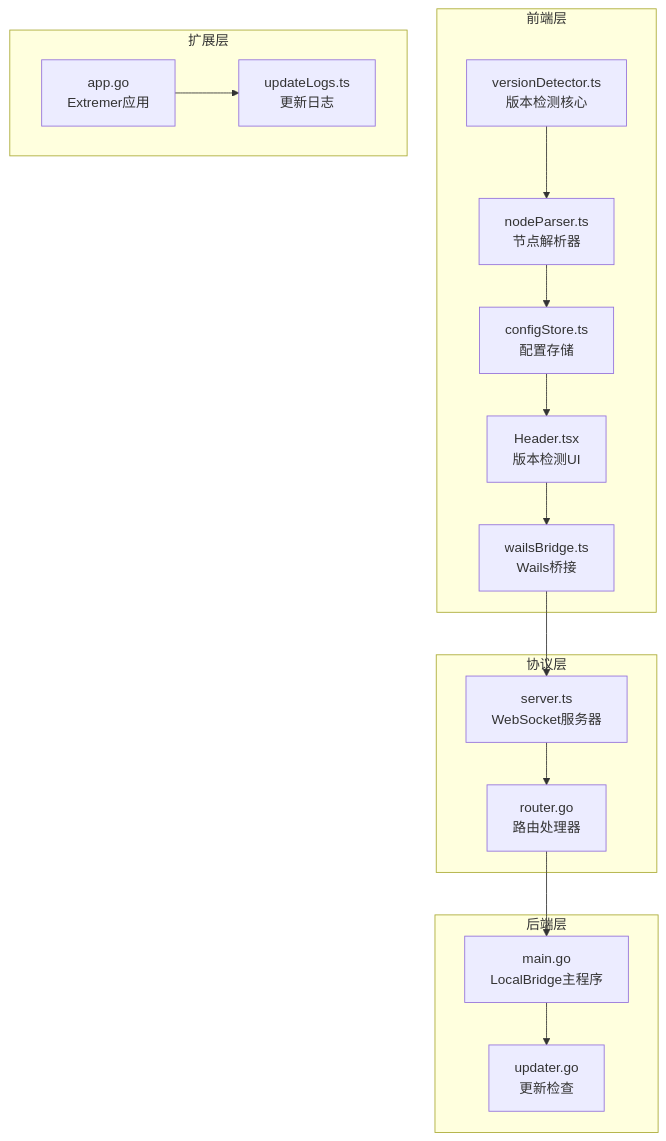
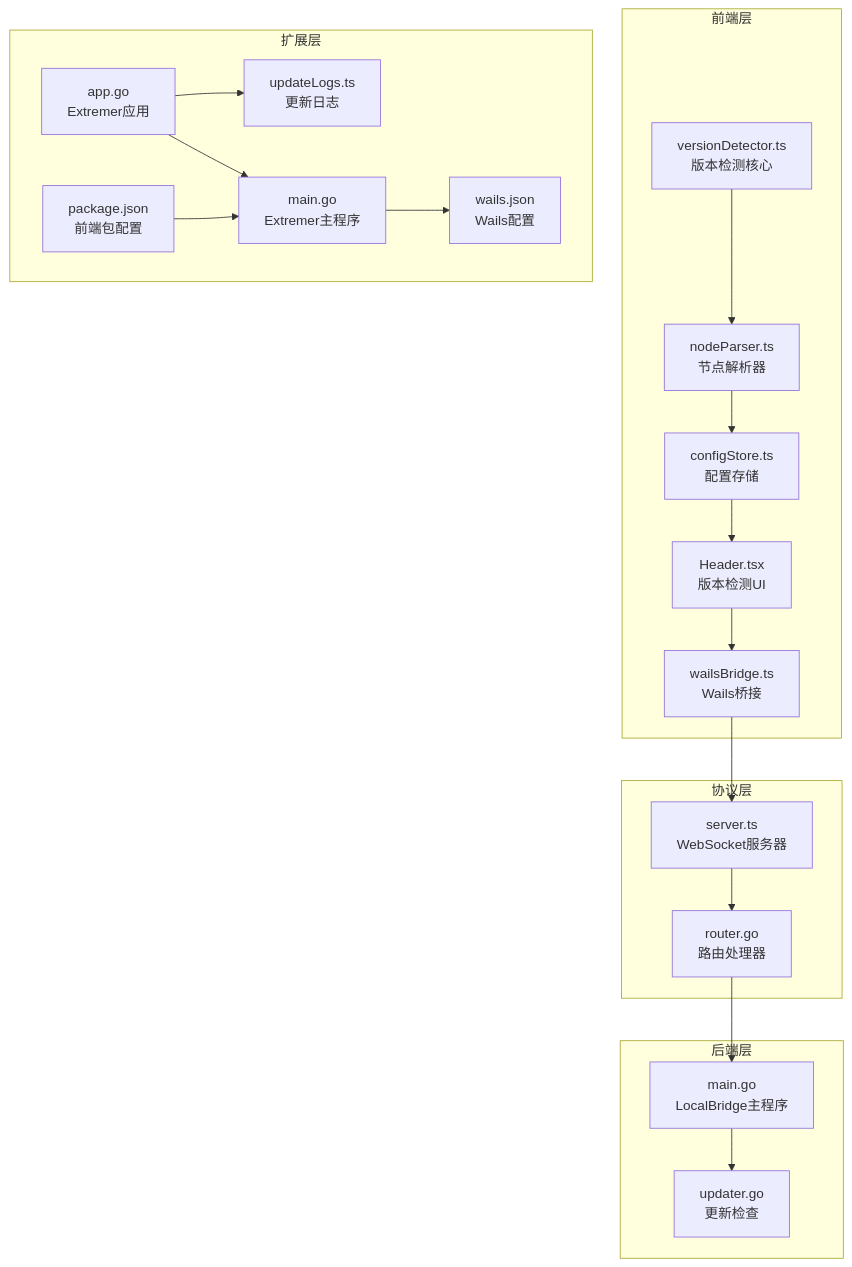
One commit to kqcoxn/MaaPipelineEditor changed the first of 11 diagrams in .qoder/repowiki/zh/content/版本检测系统.md. Above: the diagram before and after it, drawn with Mermaid. The commit also changed other lines of this file and 13 other files, not shown here.

````diff
--- a/.qoder/repowiki/zh/content/版本检测系统.md
+++ b/.qoder/repowiki/zh/content/版本检测系统.md
@@ -56,31 +65,37 @@
 ```mermaid
 graph TB
 subgraph "前端层"
 A[versionDetector.ts<br/>版本检测核心]
 B[nodeParser.ts<br/>节点解析器]
 C[configStore.ts<br/>配置存储]
 D[wailsBridge.ts<br/>Wails桥接]
 E[Header.tsx<br/>版本检测UI]
 end
 subgraph "协议层"
 F[server.ts<br/>WebSocket服务器]
 G[router.go<br/>路由处理器]
 end
 subgraph "后端层"
 H[main.go<br/>LocalBridge主程序]
 I[updater.go<br/>更新检查]
 end
 subgraph "扩展层"
 J[app.go<br/>Extremer应用]
 K[updateLogs.ts<br/>更新日志]
+L[main.go<br/>Extremer主程序]
+M[wails.json<br/>Wails配置]
+N[package.json<br/>前端包配置]
 end
 A --> B
 B --> C
 C --> E
 E --> D
 D --> F
 F --> G
 G --> H
 H --> I
 J --> K
+J --> L
+L --> M
+N --> L
 ```
````
